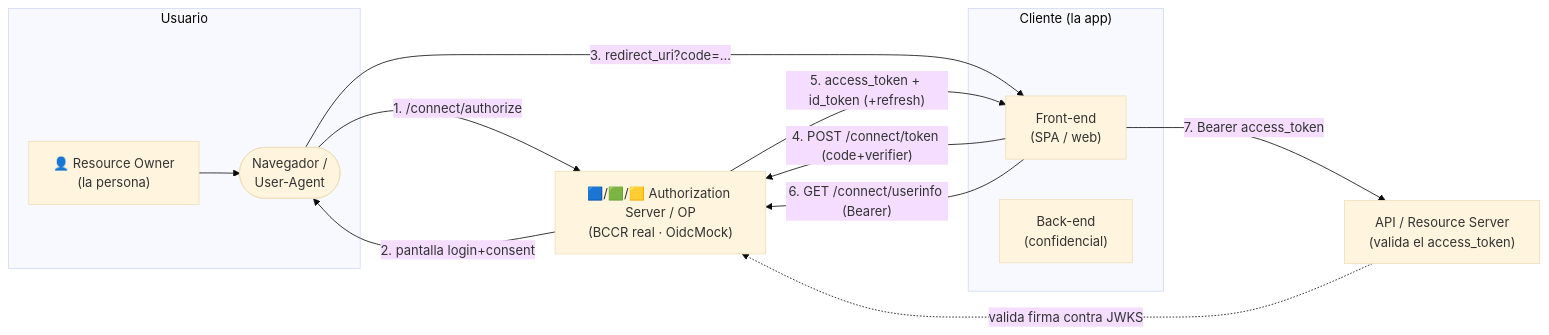
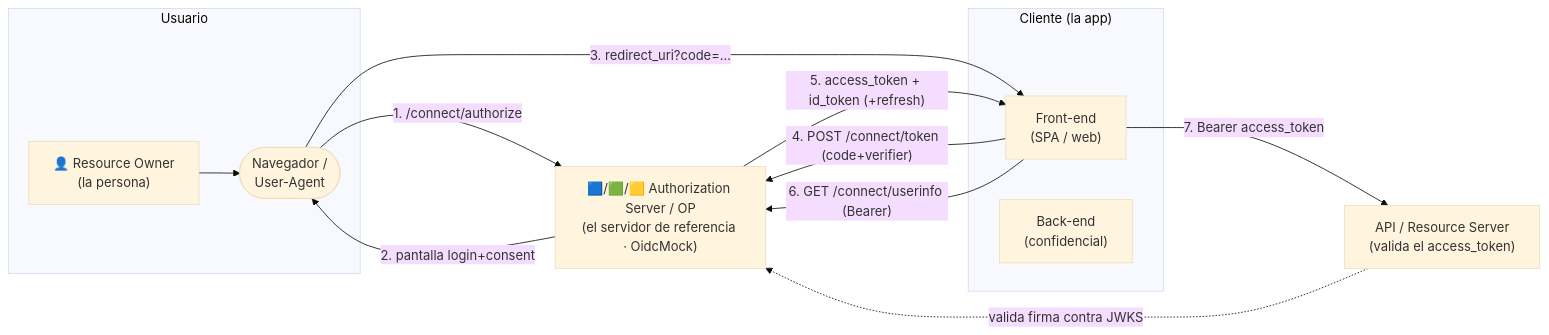
Before and after one commit to Chienwei82/openid-mockup: the first of 2 diagrams in docs/openid/README.md, drawn with Mermaid (base theme). The commit also changed other lines of this file and 67 other files, not shown here.

````diff
--- a/docs/openid/README.md
+++ b/docs/openid/README.md
@@ -43,25 +43,25 @@
 ```mermaid
 flowchart LR
     subgraph Usuario
         RO["👤 Resource Owner<br/>(la persona)"]
         AG(["Navegador /<br/>User-Agent"])
     end
 
     subgraph Cliente["Cliente (la app)"]
         FE["Front-end<br/>(SPA / web)"]
         BE["Back-end<br/>(confidencial)"]
     end
 
-    OP["🟦/🟩/🟨 Authorization Server / OP<br/>(BCCR real · OidcMock)"]
+    OP["🟦/🟩/🟨 Authorization Server / OP<br/>(el servidor de referencia · OidcMock)"]
     RS["API / Resource Server<br/>(valida el access_token)"]
 
     RO --> AG
     AG -->|"1. /connect/authorize"| OP
     OP -->|"2. pantalla login+consent"| AG
     AG -->|"3. redirect_uri?code=…"| FE
     FE -->|"4. POST /connect/token (code+verifier)"| OP
     OP -->|"5. access_token + id_token (+refresh)"| FE
     FE -->|"6. GET /connect/userinfo (Bearer)"| OP
     FE -->|"7. Bearer access_token"| RS
     RS -.->|"valida firma contra JWKS"| OP
 ```
````
